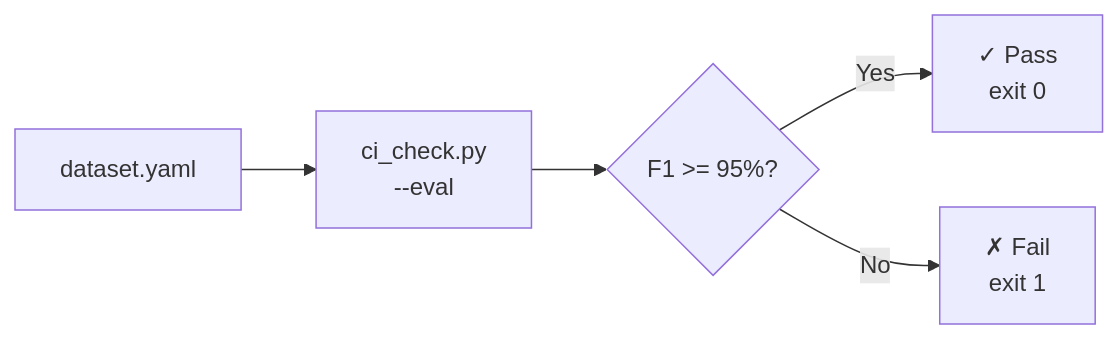
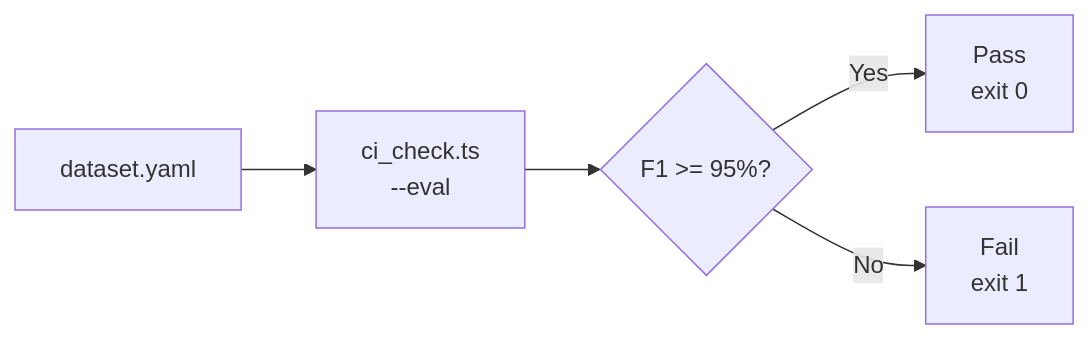
Before and after one commit to EntityProcess/agentv: the second of 2 diagrams in examples/showcase/export-screening/README.md, drawn with Mermaid. The commit also changed other lines of this file and 6 other files, not shown here.

````diff
--- a/examples/showcase/export-screening/README.md
+++ b/examples/showcase/export-screening/README.md
@@ -237,7 +237,7 @@
 ```mermaid
 flowchart LR
-    A[dataset.yaml] --> B[ci_check.py<br/>--eval]
+    A[dataset.yaml] --> B[ci_check.ts<br/>--eval]
     B --> C{F1 >= 95%?}
-    C -->|Yes| D[✓ Pass<br/>exit 0]
-    C -->|No| E[✗ Fail<br/>exit 1]
+    C -->|Yes| D[Pass<br/>exit 0]
+    C -->|No| E[Fail<br/>exit 1]
 ```
````
